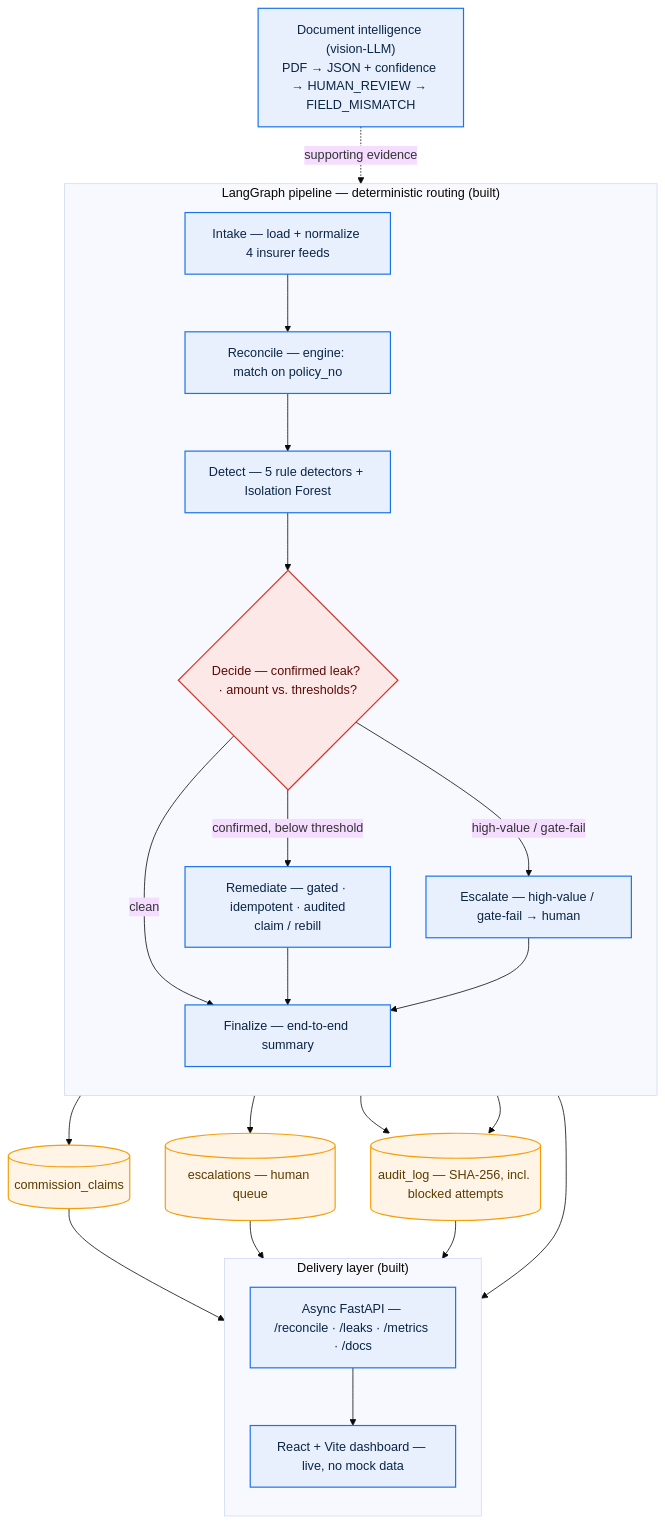
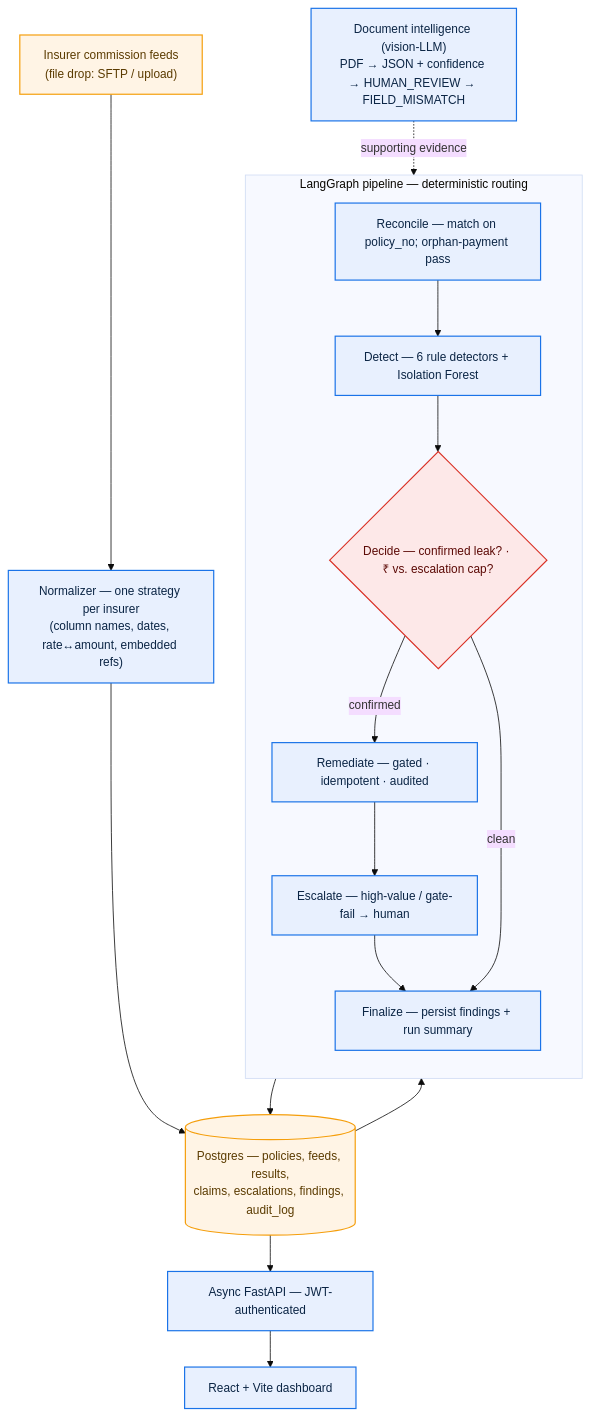
Before and after one commit to Subh24ai/LeakSentinel: the diagram in README.md, drawn with Mermaid. The commit also changed other lines of this file and 70 other files, not shown here.

First line of the commit message:
Production hardening: auth, idempotency, audit chain, findings store, migrations

````diff
--- a/README.md
+++ b/README.md
@@ -156,49 +23,33 @@
 ```mermaid
-%%{init: {'theme':'base','themeVariables':{'fontSize':'16px'},'flowchart':{'nodeSpacing':45,'rankSpacing':48,'curve':'basis'}}}%%
+%%{init: {'theme':'base','themeVariables':{'fontSize':'15px'},'flowchart':{'rankSpacing':46,'nodeSpacing':40}}}%%
 flowchart TB
-    classDef proc    fill:#e8f0fe,stroke:#1a73e8,stroke-width:1.5px,color:#0b2545;
-    classDef store   fill:#fff4e5,stroke:#f59e0b,stroke-width:1.5px,color:#5b3b00;
-    classDef gate    fill:#fde8e8,stroke:#d93025,stroke-width:1.5px,color:#5c0a06;
+    classDef proc  fill:#e8f0fe,stroke:#1a73e8,stroke-width:1.5px,color:#0b2545;
+    classDef store fill:#fff4e5,stroke:#f59e0b,stroke-width:1.5px,color:#5b3b00;
+    classDef gate  fill:#fde8e8,stroke:#d93025,stroke-width:1.5px,color:#5c0a06;
+
+    FEEDS["Insurer commission feeds<br/>(file drop: SFTP / upload)"]:::store
+    NORM["Normalizer — one strategy per insurer<br/>(column names, dates, rate↔amount, embedded refs)"]:::proc
+    PG[("Postgres — policies, feeds, results,<br/>claims, escalations, findings, audit_log")]:::store
+
+    subgraph PIPE["LangGraph pipeline — deterministic routing"]
+        direction TB
+        RECON["Reconcile — match on policy_no; orphan-payment pass"]:::proc
+        DETECT["Detect — 6 rule detectors + Isolation Forest"]:::proc
+        DECIDE{"Decide — confirmed leak? · ₹ vs. escalation cap?"}:::gate
+        REMED["Remediate — gated · idempotent · audited"]:::proc
+        ESCAL["Escalate — high-value / gate-fail → human"]:::proc
+        FINAL["Finalize — persist findings + run summary"]:::proc
+        RECON --> DETECT --> DECIDE
+        DECIDE -- confirmed --> REMED --> ESCAL --> FINAL
+        DECIDE -- clean --> FINAL
+    end
 
     DOCS["Document intelligence (vision-LLM)<br/>PDF → JSON + confidence → HUMAN_REVIEW → FIELD_MISMATCH"]:::proc
+    API["Async FastAPI — JWT-authenticated"]:::proc
+    UI["React + Vite dashboard"]:::proc
 
-    subgraph PIPE["LangGraph pipeline — deterministic routing (built)"]
-        direction TB
-        INTAKE["Intake — load + normalize 4 insurer feeds"]:::proc
-        RECON["Reconcile — engine: match on policy_no"]:::proc
-        DETECT["Detect — 5 rule detectors + Isolation Forest"]:::proc
-        DECIDE{"Decide — confirmed leak? · amount vs. thresholds?"}:::gate
-        REMED["Remediate — gated · idempotent · audited<br/>claim / rebill"]:::proc
-        ESCAL["Escalate — high-value / gate-fail → human"]:::proc
-        FINAL["Finalize — end-to-end summary"]:::proc
-
-        INTAKE --> RECON --> DETECT --> DECIDE
-        DECIDE -- "confirmed, below threshold" --> REMED
-        DECIDE -- "high-value / gate-fail" --> ESCAL
-        DECIDE -- "clean" --> FINAL
-        REMED --> FINAL
-        ESCAL --> FINAL
-    end
-
+    FEEDS --> NORM --> PG --> RECON
     DOCS -. supporting evidence .-> DETECT
-
-    CLAIMS[("commission_claims")]:::store
-    ESCQ[("escalations — human queue")]:::store
-    AUDIT[("audit_log — SHA-256, incl. blocked attempts")]:::store
-    REMED --> CLAIMS
-    REMED --> AUDIT
-    ESCAL --> ESCQ
-    ESCAL --> AUDIT
-
-    subgraph DELIVERY ["Delivery layer (built)"]
-        direction TB
-        API["Async FastAPI — /reconcile · /leaks · /metrics · /docs"]:::proc
-        UI["React + Vite dashboard — live, no mock data"]:::proc
-        API --> UI
-    end
-
-    FINAL --> API
-    CLAIMS --> API
-    ESCQ --> API
-    AUDIT --> API
+    FINAL --> PG
+    PG --> API --> UI
 ```
````
